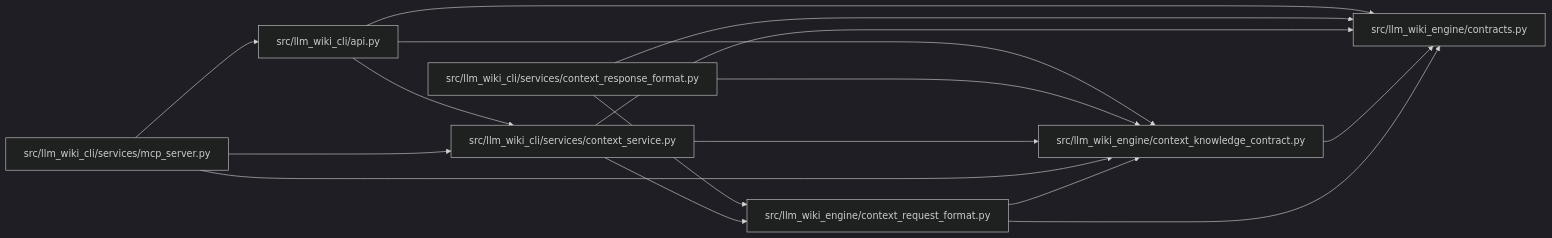
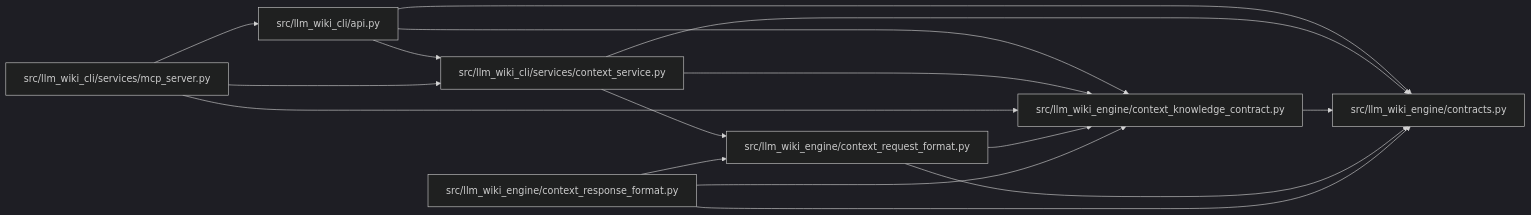
The diagram in docs/llm_wiki/modules/context_knowledge_contract.md (Denissvgn/python-wiki-llm), drawn with Mermaid (dark theme) before and after one commit. The commit also changed 577 other files, not shown here.

Commit message:
docs: refresh the wiki for the engine context packet

````diff
--- a/docs/llm_wiki/modules/context_knowledge_contract.md
+++ b/docs/llm_wiki/modules/context_knowledge_contract.md
@@ -34,32 +34,32 @@
 ```mermaid
 flowchart LR
     n0["src/llm_wiki_cli/api.py"]
-    n1["src/llm_wiki_cli/services/context_response_format.py"]
-    n2["src/llm_wiki_cli/services/context_service.py"]
-    n3["src/llm_wiki_cli/services/mcp_server.py"]
-    n4["src/llm_wiki_engine/context_knowledge_contract.py"]
-    n5["src/llm_wiki_engine/context_request_format.py"]
+    n1["src/llm_wiki_cli/services/context_service.py"]
+    n2["src/llm_wiki_cli/services/mcp_server.py"]
+    n3["src/llm_wiki_engine/context_knowledge_contract.py"]
+    n4["src/llm_wiki_engine/context_request_format.py"]
+    n5["src/llm_wiki_engine/context_response_format.py"]
     n6["src/llm_wiki_engine/contracts.py"]
-    n0 --> n2
-    n0 --> n4
+    n0 --> n1
+    n0 --> n3
     n0 --> n6
+    n1 --> n3
     n1 --> n4
-    n1 --> n5
     n1 --> n6
-    n2 --> n4
-    n2 --> n5
-    n2 --> n6
-    n3 --> n0
-    n3 --> n2
-    n3 --> n4
+    n2 --> n0
+    n2 --> n1
+    n2 --> n3
+    n3 --> n6
+    n4 --> n3
     n4 --> n6
+    n5 --> n3
     n5 --> n4
     n5 --> n6
     click n0 "../modules/api.md"
-    click n1 "../modules/context_response_format.md"
-    click n2 "../modules/context_service.md"
-    click n3 "../modules/mcp_server.md"
-    click n4 "../modules/context_knowledge_contract.md"
-    click n5 "../modules/context_request_format.md"
+    click n1 "../modules/context_service.md"
+    click n2 "../modules/mcp_server.md"
+    click n3 "../modules/context_knowledge_contract.md"
+    click n4 "../modules/context_request_format.md"
+    click n5 "../modules/context_response_format.md"
     click n6 "../modules/llm_wiki_engine_contracts.md"
 ```
````
